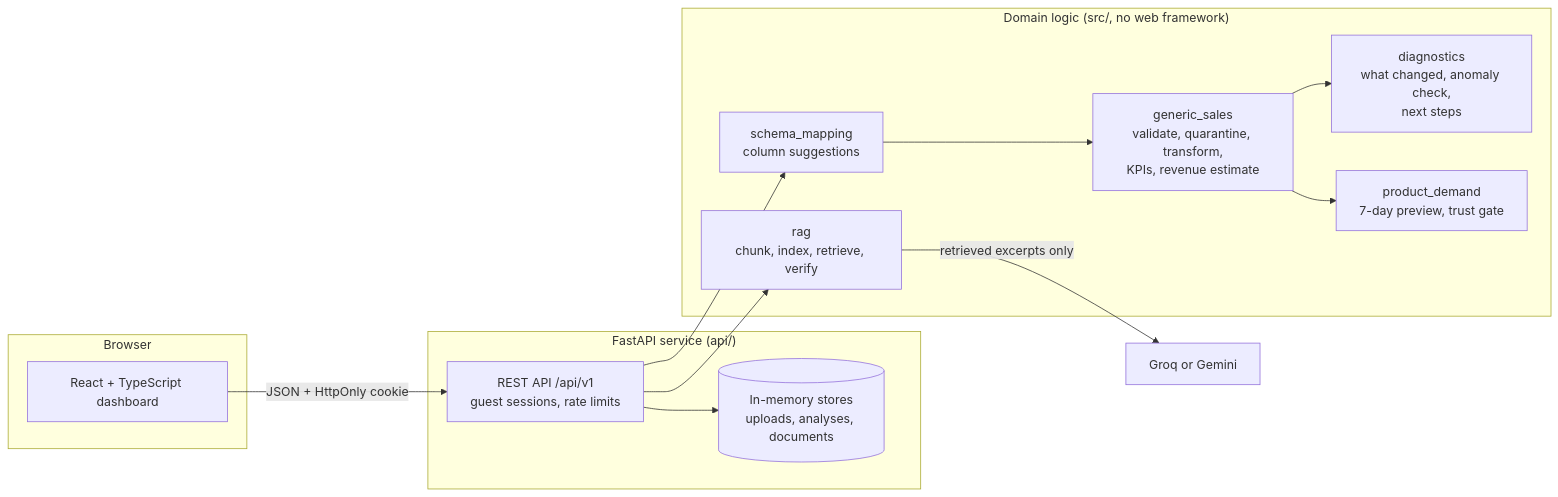
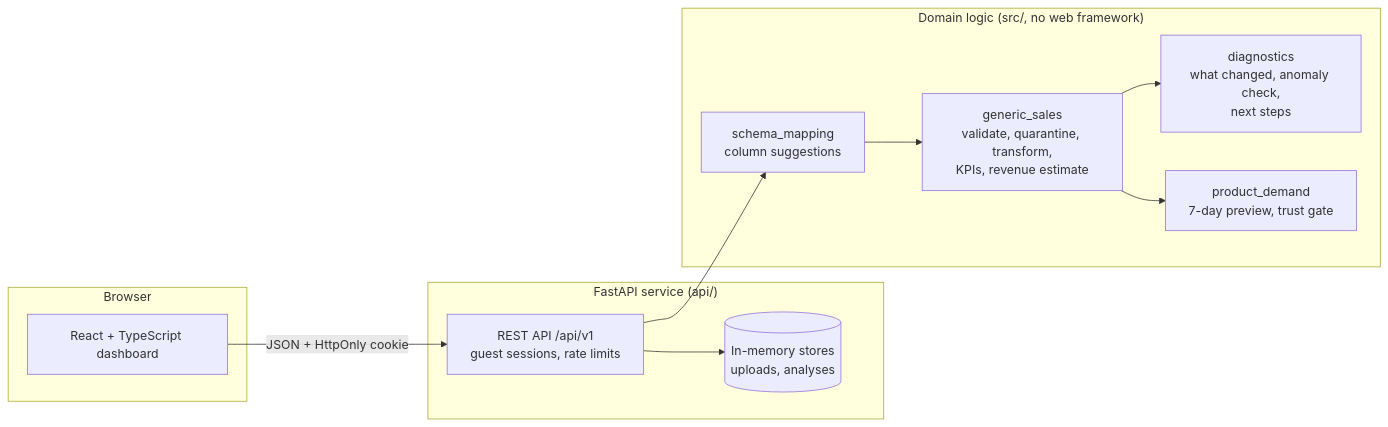
The first of 2 diagrams in README.md (tonysoftwarengineer/ecommerce-intelligence-sales-system), drawn with Mermaid before and after one commit. The commit also changed other lines of this file and 93 other files, not shown here.

````diff
--- a/README.md
+++ b/README.md
@@ -47,23 +43,20 @@
 ```mermaid
 flowchart LR
     subgraph Browser
         UI["React + TypeScript dashboard"]
     end
     subgraph Service["FastAPI service (api/)"]
         API["REST API /api/v1<br/>guest sessions, rate limits"]
-        Stores[("In-memory stores<br/>uploads, analyses, documents")]
+        Stores[("In-memory stores<br/>uploads, analyses")]
     end
     subgraph Domain["Domain logic (src/, no web framework)"]
         Map["schema_mapping<br/>column suggestions"]
         Sales["generic_sales<br/>validate, quarantine, transform,<br/>KPIs, revenue estimate"]
         Diag["diagnostics<br/>what changed, anomaly check,<br/>next steps"]
         Demand["product_demand<br/>7-day preview, trust gate"]
-        RAG["rag<br/>chunk, index, retrieve, verify"]
     end
-    LLM["Groq or Gemini"]
     UI -->|"JSON + HttpOnly cookie"| API
     API --> Stores
     API --> Map --> Sales --> Diag
     Sales --> Demand
-    API --> RAG -->|"retrieved excerpts only"| LLM
 ```
````
